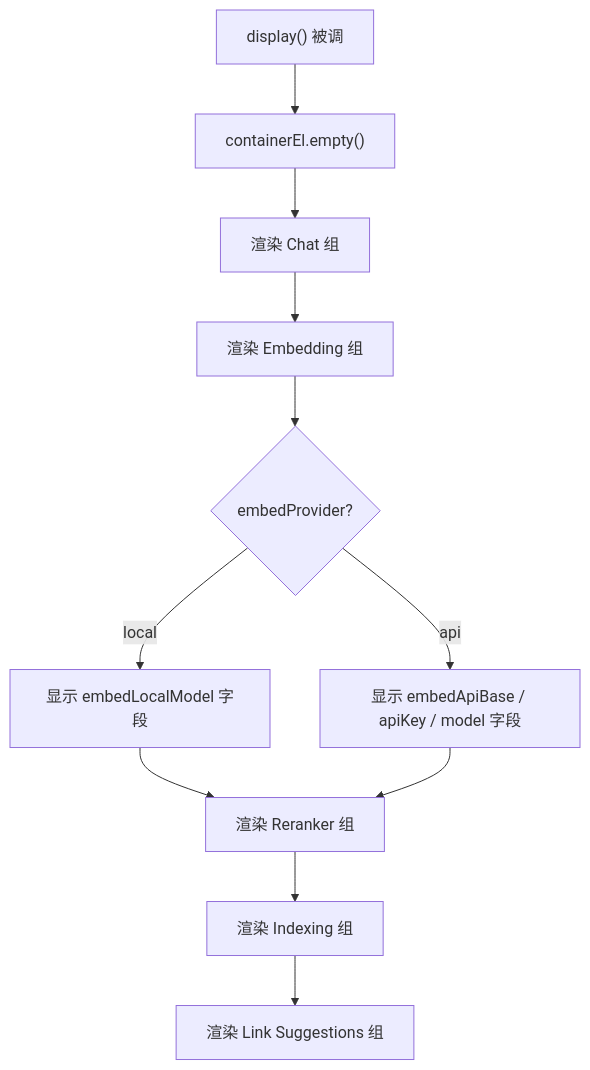
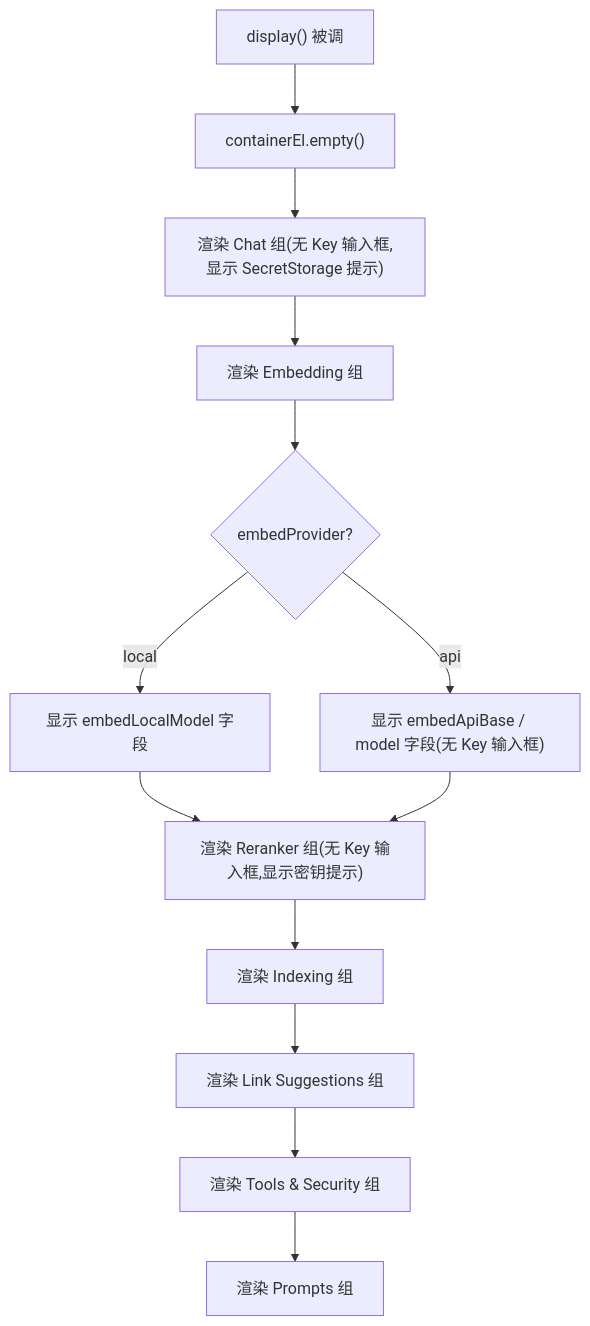
The second of 3 diagrams in docs/architecture/host/settings.md (golddream-y/obsidian-ratel), drawn with Mermaid before and after one commit. The commit also changed other lines of this file and 2 other files, not shown here.

First line of the commit message:
docs(arch): tools/hooks/settings 三层防御架构同步

````diff
--- a/docs/architecture/host/settings.md
+++ b/docs/architecture/host/settings.md
@@ -140,13 +186,15 @@
 ```mermaid
 flowchart TB
     START["display() 被调"] --> EMPTY["containerEl.empty()"]
-    EMPTY --> CHAT["渲染 Chat 组"]
+    EMPTY --> CHAT["渲染 Chat 组(无 Key 输入框,显示 SecretStorage 提示)"]
     CHAT --> EMB["渲染 Embedding 组"]
     EMB --> CHECK{"embedProvider?"}
     CHECK -->|"local"| LOCAL["显示 embedLocalModel 字段"]
-    CHECK -->|"api"| API["显示 embedApiBase / apiKey / model 字段"]
+    CHECK -->|"api"| API["显示 embedApiBase / model 字段(无 Key 输入框)"]
     LOCAL --> RER
-    API --> RER["渲染 Reranker 组"]
+    API --> RER["渲染 Reranker 组(无 Key 输入框,显示密钥提示)"]
     RER --> IDX["渲染 Indexing 组"]
     IDX --> LINK["渲染 Link Suggestions 组"]
+    LINK --> TOOLS["渲染 Tools & Security 组"]
+    TOOLS --> PROMPTS["渲染 Prompts 组"]
 ```
````
